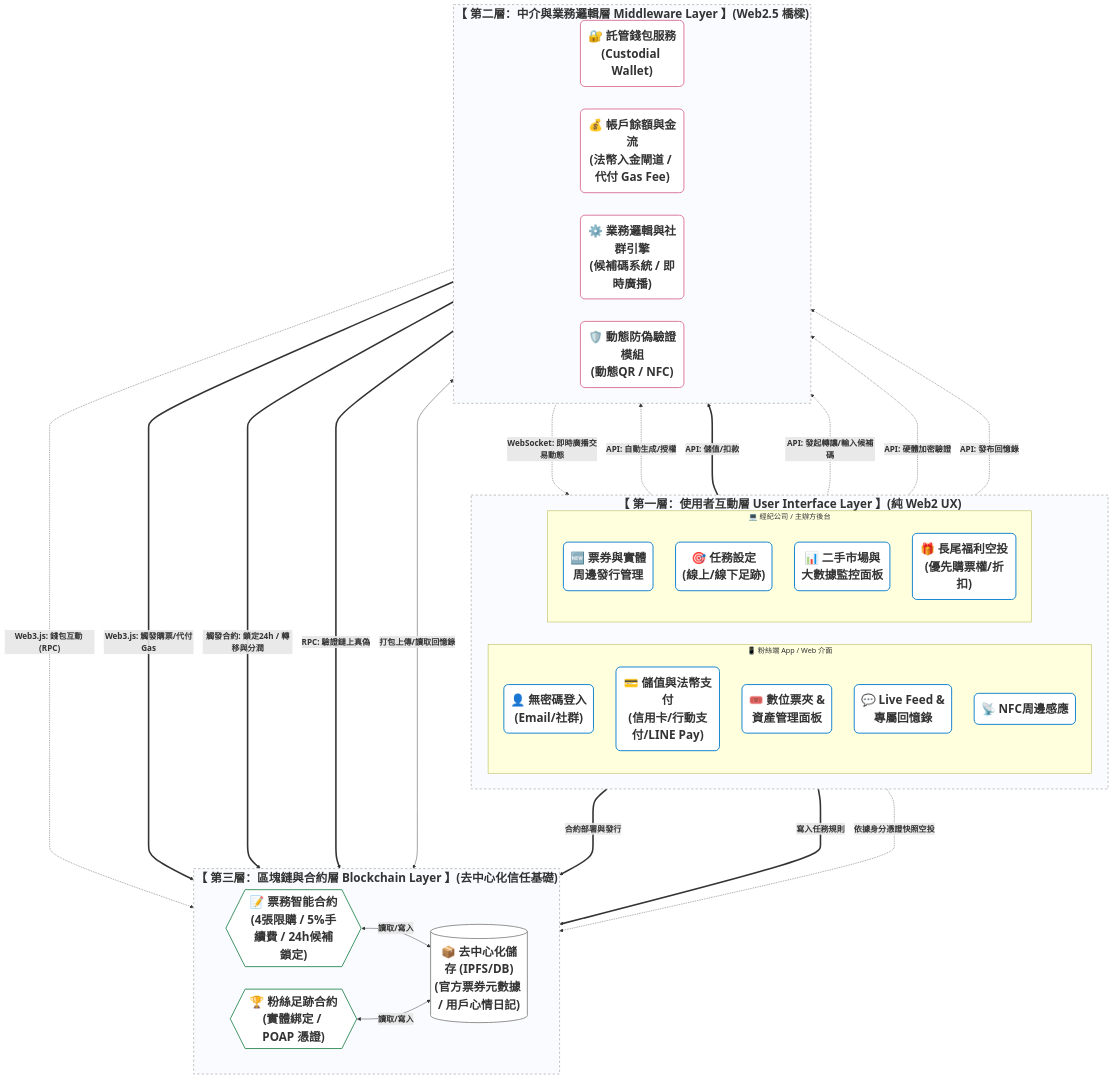
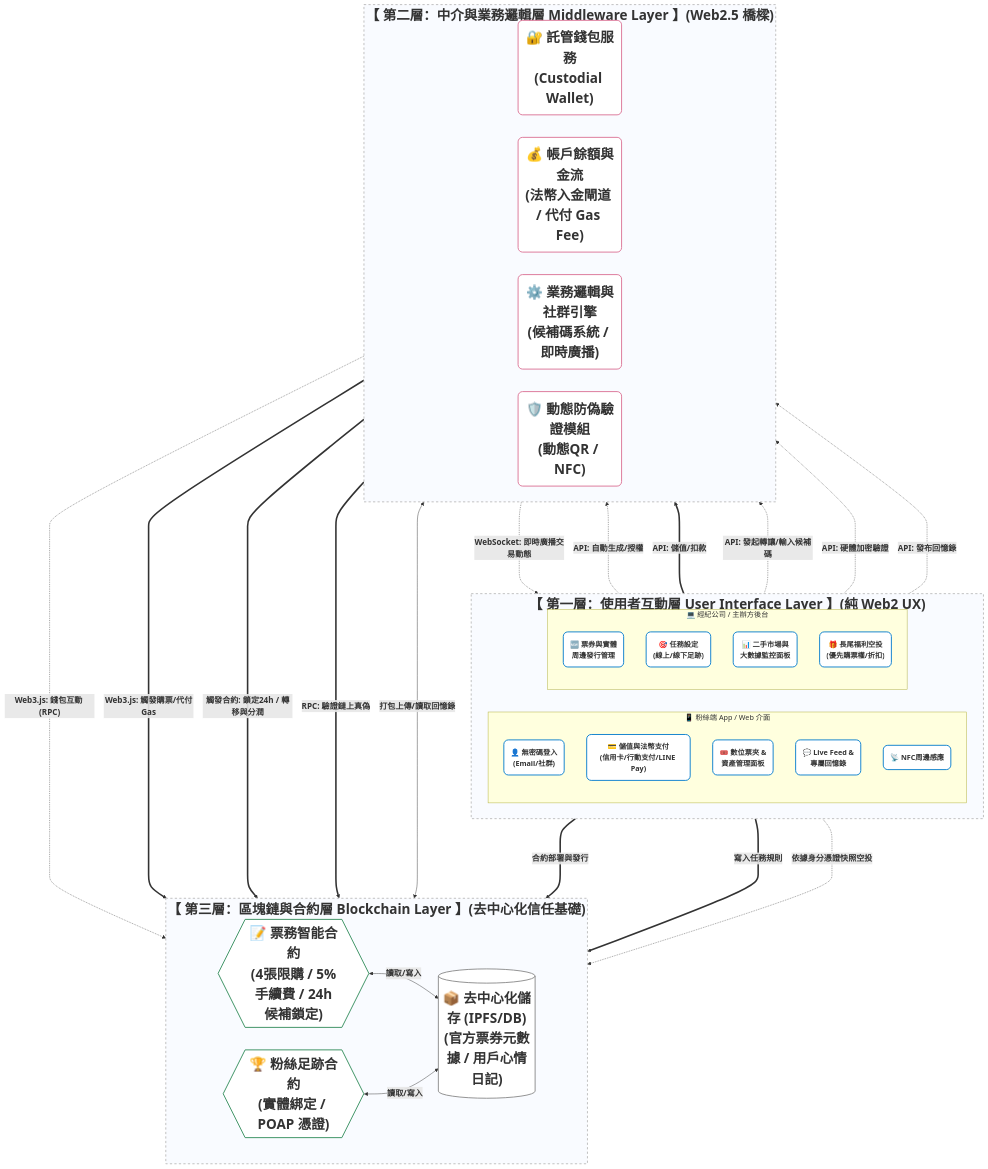
Before and after one commit to zhuang147/Blockchain-fan-economy-document: the diagram in New system architecture diagram.md, drawn with Mermaid.

Commit message:
Update New system architecture diagram.md

```diff
--- a/New system architecture diagram.md
+++ b/New system architecture diagram.md
@@ -4,13 +4,13 @@
     linkStyle default font-size:18px, font-weight:bold;
 
     %% 定義顏色與樣式 (字體全面放大至 26px)
-    classDef uiNode fill:#ffffff,stroke:#007acc,stroke-width:2px,color:#333333,rx:10,ry:10,font-size:26px,font-weight:bold
-    classDef midNode fill:#ffffff,stroke:#db7093,stroke-width:2px,color:#333333,rx:10,ry:10,font-size:26px,font-weight:bold
-    classDef blockNode fill:#ffffff,stroke:#2e8b57,stroke-width:2px,color:#333333,rx:10,ry:10,font-size:26px,font-weight:bold
-    classDef storageNode fill:#ffffff,stroke:#888888,stroke-width:2px,color:#333333,rx:10,ry:10,font-size:26px,font-weight:bold
+    classDef uiNode fill:#ffffff,stroke:#007acc,stroke-width:2px,color:#333333,rx:10,ry:10,font-size30px,font-weight:bold
+    classDef midNode fill:#ffffff,stroke:#db7093,stroke-width:2px,color:#333333,rx:10,ry:10,font-size:30px,font-weight:bold
+    classDef blockNode fill:#ffffff,stroke:#2e8b57,stroke-width:2px,color:#333333,rx:10,ry:10,font-size:30px,font-weight:bold
+    classDef storageNode fill:#ffffff,stroke:#888888,stroke-width:2px,color:#333333,rx:10,ry:10,font-size:30px,font-weight:bold
     
     %% 外層標題樣式 (字體放大至 26px)
-    classDef layerStyle fill:#f9fbff,stroke:#bbbbbb,stroke-width:2px,stroke-dasharray: 5 5,font-size:26px,font-weight:bold
+    classDef layerStyle fill:#f9fbff,stroke:#bbbbbb,stroke-width:2px,stroke-dasharray: 5 5,font-size:30px,font-weight:bold
 
     %% 第一層：使用者互動層
     subgraph Layer1 ["【 第一層：使用者互動層 User Interface Layer 】(純 Web2 UX)"]
```
